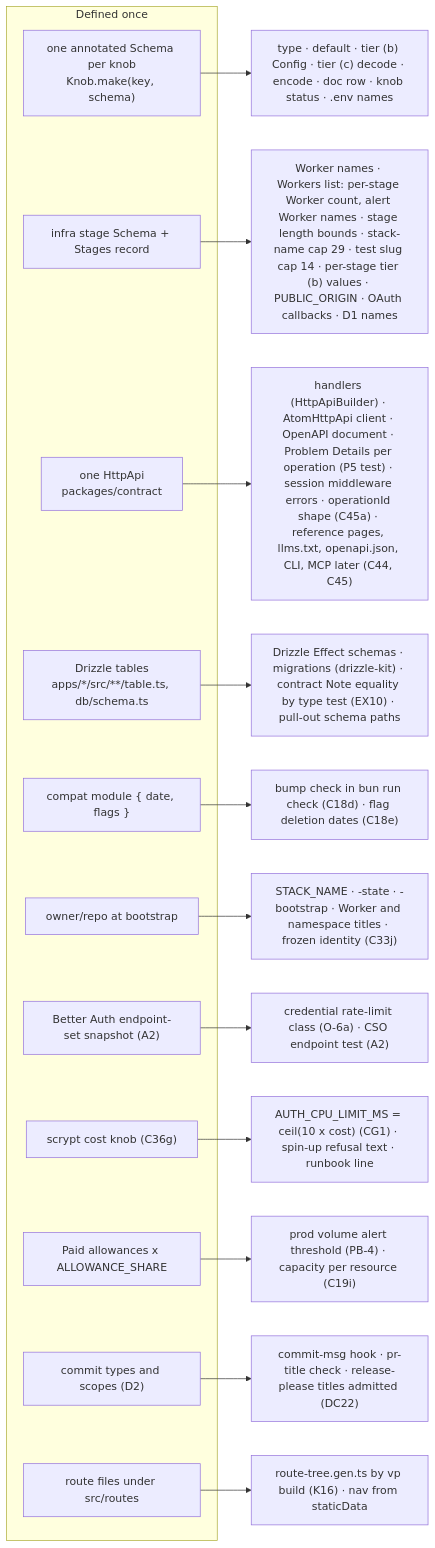
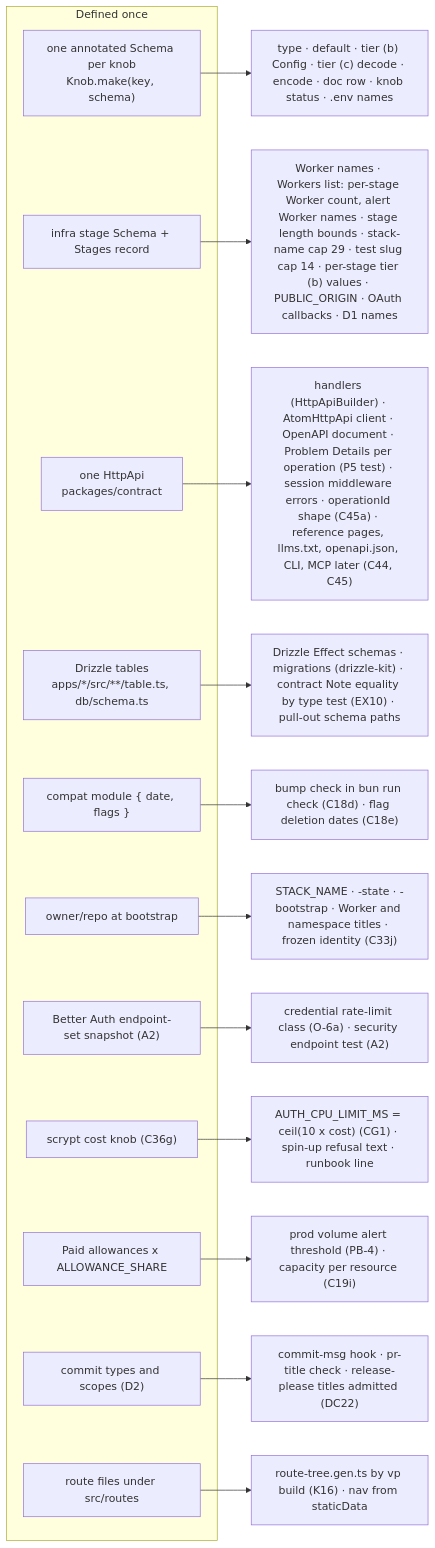
One commit to aidenzepp/cf-template changed the fifth of 7 diagrams in docs/architecture.md. Above: the diagram before and after it, drawn with Mermaid. The commit also changed other lines of this file, not shown here.

First line of the commit message:
docs: drop agent roles and research ids from the architecture plan

````diff
--- a/docs/architecture.md
+++ b/docs/architecture.md
@@ -377,27 +377,27 @@
 ```mermaid
 flowchart LR
   subgraph once["Defined once"]
     knob["one annotated Schema per knob<br/>Knob.make(key, schema)"]
     stage["infra stage Schema + Stages record"]
     api["one HttpApi<br/>packages/contract"]
     tables["Drizzle tables<br/>apps/*/src/**/table.ts, db/schema.ts"]
     compat["compat module { date, flags }"]
     repo["owner/repo at bootstrap"]
     endpoints["Better Auth endpoint-set snapshot (A2)"]
     hash["scrypt cost knob (C36g)"]
     allow["Paid allowances x ALLOWANCE_SHARE"]
     conv["commit types and scopes (D2)"]
     routes["route files under src/routes"]
   end
   knob --> kt["type · default · tier (b) Config · tier (c) decode · encode · doc row · knob status · .env names"]
   stage --> st["Worker names · Workers list: per-stage Worker count, alert Worker names · stage length bounds · stack-name cap 29 · test slug cap 14 · per-stage tier (b) values · PUBLIC_ORIGIN · OAuth callbacks · D1 names"]
     api --> at["handlers (HttpApiBuilder) · AtomHttpApi client · OpenAPI document · Problem Details per operation (P5 test) · session middleware errors · operationId shape (C45a) · reference pages, llms.txt, openapi.json, CLI, MCP later (C44, C45)"]
   tables --> tt["Drizzle Effect schemas · migrations (drizzle-kit) · contract Note equality by type test (EX10) · pull-out schema paths"]
   compat --> ct["bump check in bun run check (C18d) · flag deletion dates (C18e)"]
   repo --> rt["STACK_NAME · <stack>-state · <stack>-bootstrap · Worker and namespace titles · frozen identity (C33j)"]
-  endpoints --> et["credential rate-limit class (O-6a) · CSO endpoint test (A2)"]
+  endpoints --> et["credential rate-limit class (O-6a) · security endpoint test (A2)"]
   hash --> ht["AUTH_CPU_LIMIT_MS = ceil(10 x cost) (CG1) · spin-up refusal text · runbook line"]
   allow --> alt["prod volume alert threshold (PB-4) · capacity per resource (C19i)"]
   conv --> cvt["commit-msg hook · pr-title check · release-please titles admitted (DC22)"]
   routes --> rtt["route-tree.gen.ts by vp build (K16) · nav from staticData"]
 ```
````
